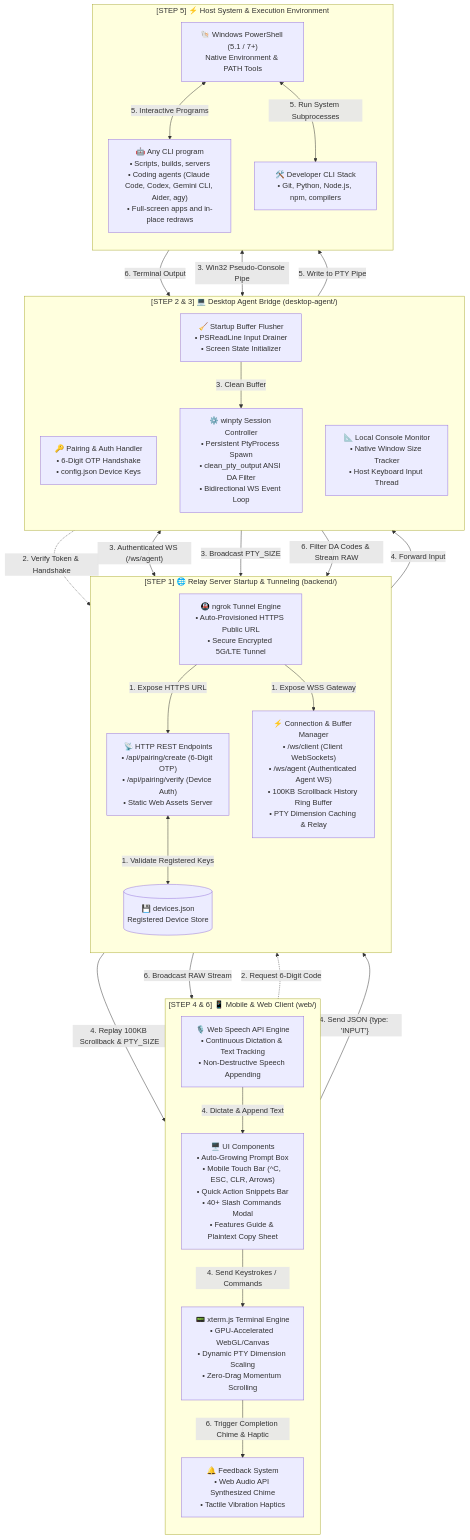
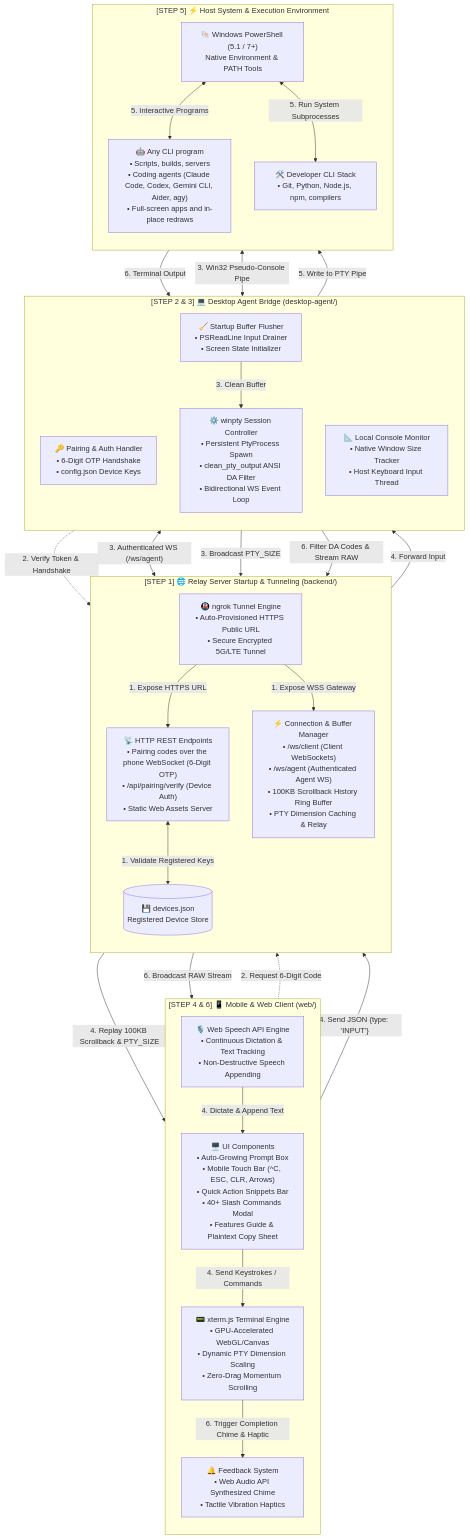
One commit to Astroash2001/termpilot changed the diagram in README.md. Above: the diagram before and after it, drawn with Mermaid. The commit also changed 8 other files, not shown here.

````diff
--- a/README.md
+++ b/README.md
@@ -35,66 +35,66 @@
 ```mermaid
 graph TB
     subgraph S1["[STEP 1] 🌐 Relay Server Startup & Tunneling (backend/)"]
         direction TB
-        HTTPRoutes["📡 HTTP REST Endpoints<br/>• /api/pairing/create (6-Digit OTP)<br/>• /api/pairing/verify (Device Auth)<br/>• Static Web Assets Server"]
+        HTTPRoutes["📡 HTTP REST Endpoints<br/>• Pairing codes over the phone WebSocket (6-Digit OTP)<br/>• /api/pairing/verify (Device Auth)<br/>• Static Web Assets Server"]
         Tunnel["🚇 ngrok Tunnel Engine<br/>• Auto-Provisioned HTTPS Public URL<br/>• Secure Encrypted 5G/LTE Tunnel"]
         WSManager["⚡ Connection & Buffer Manager<br/>• /ws/client (Client WebSockets)<br/>• /ws/agent (Authenticated Agent WS)<br/>• 100KB Scrollback History Ring Buffer<br/>• PTY Dimension Caching & Relay"]
         DeviceStore[("💾 devices.json<br/>Registered Device Store")]
     end
 
     subgraph S2["[STEP 2 & 3] 💻 Desktop Agent Bridge (desktop-agent/)"]
         direction TB
         AuthModule["🔑 Pairing & Auth Handler<br/>• 6-Digit OTP Handshake<br/>• config.json Device Keys"]
         PTYEngine["⚙️ winpty Session Controller<br/>• Persistent PtyProcess Spawn<br/>• clean_pty_output ANSI DA Filter<br/>• Bidirectional WS Event Loop"]
         ConsoleSync["📐 Local Console Monitor<br/>• Native Window Size Tracker<br/>• Host Keyboard Input Thread"]
         Flusher["🧹 Startup Buffer Flusher<br/>• PSReadLine Input Drainer<br/>• Screen State Initializer"]
     end
 
     subgraph S3["[STEP 4 & 6] 📱 Mobile & Web Client (web/)"]
         direction TB
         UI["🖥️ UI Components<br/>• Auto-Growing Prompt Box<br/>• Mobile Touch Bar (^C, ESC, CLR, Arrows)<br/>• Quick Action Snippets Bar<br/>• 40+ Slash Commands Modal<br/>• Features Guide & Plaintext Copy Sheet"]
         VoiceEngine["🎙️ Web Speech API Engine<br/>• Continuous Dictation & Text Tracking<br/>• Non-Destructive Speech Appending"]
         Terminal["📟 xterm.js Terminal Engine<br/>• GPU-Accelerated WebGL/Canvas<br/>• Dynamic PTY Dimension Scaling<br/>• Zero-Drag Momentum Scrolling"]
         Feedback["🔔 Feedback System<br/>• Web Audio API Synthesized Chime<br/>• Tactile Vibration Haptics"]
     end
 
     subgraph S4["[STEP 5] ⚡ Host System & Execution Environment"]
         direction TB
         Shell["🐚 Windows PowerShell (5.1 / 7+)<br/>Native Environment & PATH Tools"]
         AgyCLI["🤖 Any CLI program<br/>• Scripts, builds, servers<br/>• Coding agents (Claude Code, Codex, Gemini CLI, Aider, agy)<br/>• Full-screen apps and in-place redraws"]
         DevTools["🛠️ Developer CLI Stack<br/>• Git, Python, Node.js, npm, compilers"]
     end
 
     %% Step 1: Startup
     HTTPRoutes <-->|1. Validate Registered Keys| DeviceStore
     Tunnel -->|1. Expose HTTPS URL| HTTPRoutes
     Tunnel -->|1. Expose WSS Gateway| WSManager
 
     %% Step 2: Pairing & Handshake
     UI -.->|"2. Request 6-Digit Code"| HTTPRoutes
     AuthModule -.->|"2. Verify Token & Handshake"| HTTPRoutes
 
     %% Step 3: Agent Connect & PTY Spawn
     PTYEngine <-->|"3. Authenticated WS (/ws/agent)"| WSManager
     ConsoleSync -->|"3. Broadcast PTY_SIZE"| WSManager
     Flusher -->|"3. Clean Buffer"| PTYEngine
     PTYEngine <-->|"3. Win32 Pseudo-Console Pipe"| Shell
 
     %% Step 4: Client Connect & User Input
     WSManager -->|"4. Replay 100KB Scrollback & PTY_SIZE"| Terminal
     VoiceEngine -->|"4. Dictate & Append Text"| UI
     UI -->|"4. Send Keystrokes / Commands"| Terminal
     Terminal -->|"4. Send JSON {type: 'INPUT'}"| WSManager
     WSManager -->|"4. Forward Input"| PTYEngine
 
     %% Step 5: Execution
     PTYEngine -->|"5. Write to PTY Pipe"| Shell
     Shell <-->|"5. Interactive Programs"| AgyCLI
     Shell <-->|"5. Run System Subprocesses"| DevTools
 
     %% Step 6: Output & Feedback
     Shell -->|"6. Terminal Output"| PTYEngine
     PTYEngine -->|"6. Filter DA Codes & Stream RAW"| WSManager
     WSManager -->|"6. Broadcast RAW Stream"| Terminal
     Terminal -->|"6. Trigger Completion Chime & Haptic"| Feedback
 ```
````
